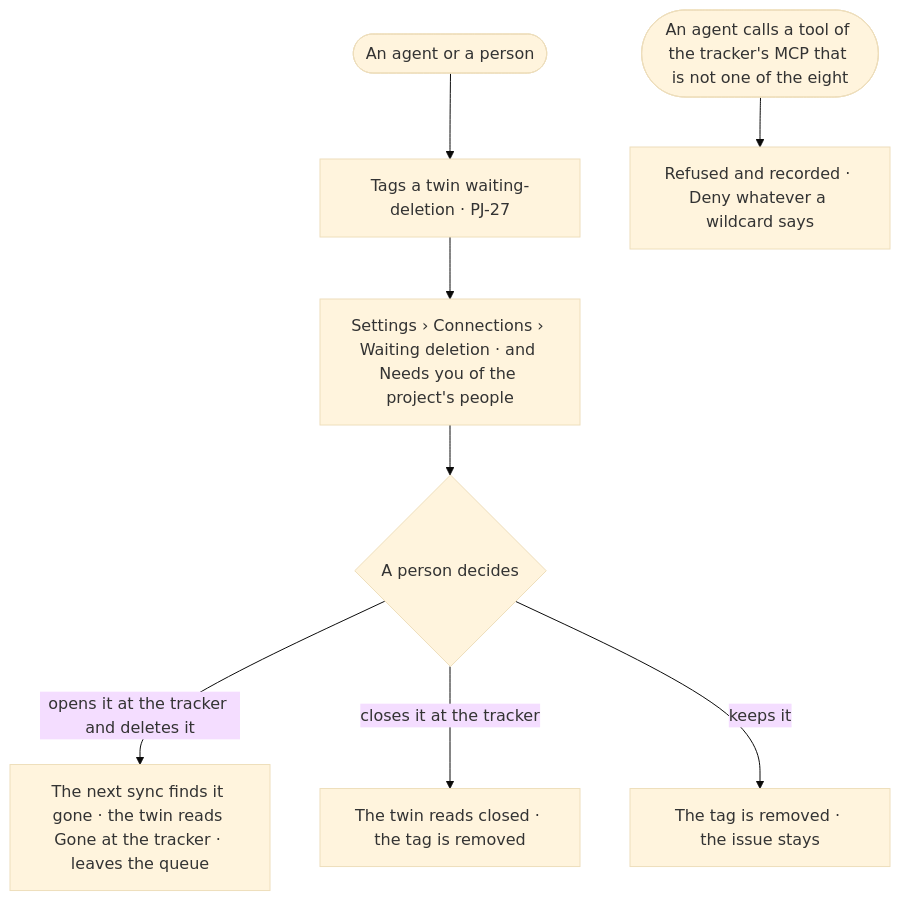
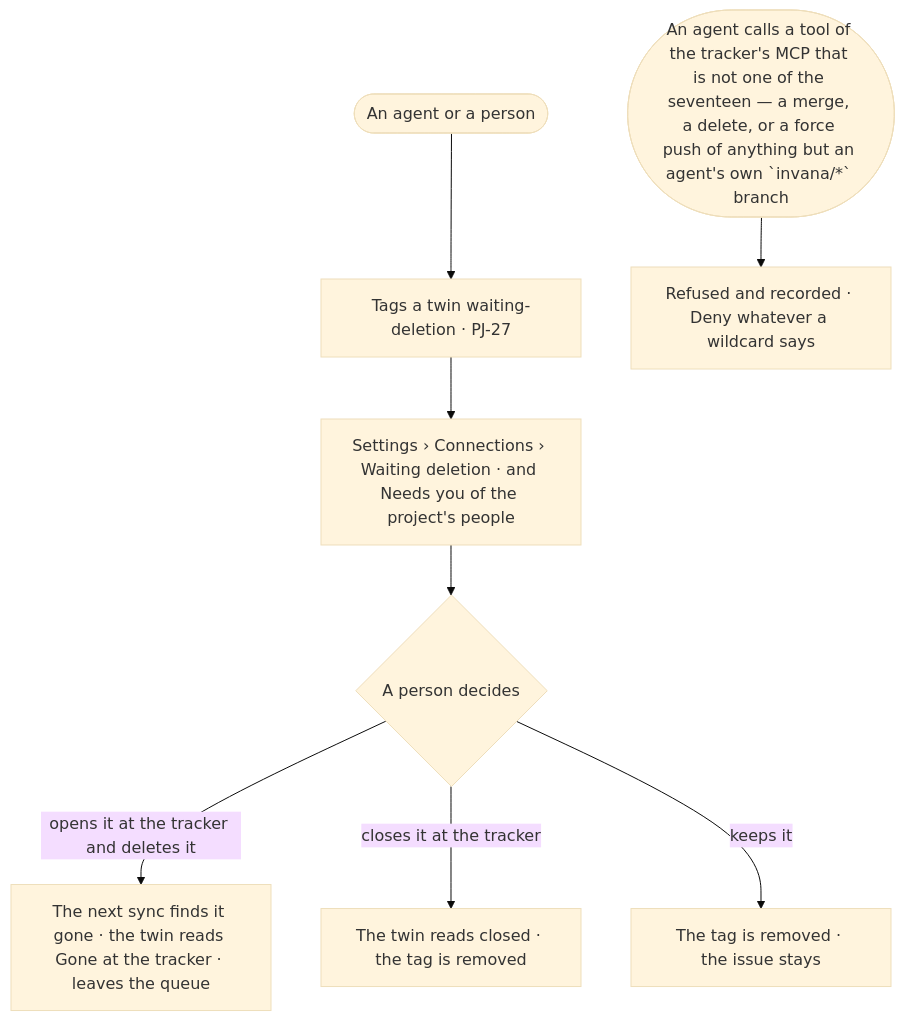
The diagram in specs/os/control/features/CP-F12-issue-trackers/stories/CP-74-delete-an-outside-issue-only-by-hand/story.md (invana/invana), drawn with Mermaid (base theme) before and after one commit. The commit also changed other lines of this file and 24 other files, not shown here.

````diff
--- a/specs/os/control/features/CP-F12-issue-trackers/stories/CP-74-delete-an-outside-issue-only-by-hand/story.md
+++ b/specs/os/control/features/CP-F12-issue-trackers/stories/CP-74-delete-an-outside-issue-only-by-hand/story.md
@@ -25,10 +25,10 @@
 ```mermaid
 flowchart TD
   a([An agent or a person]) --> tg["Tags a twin waiting-deletion · PJ-27"]
   tg --> q["Settings › Connections › Waiting deletion · and Needs you of the project's people"]
   q --> d{"A person decides"}
   d -->|opens it at the tracker and deletes it| gone["The next sync finds it gone · the twin reads Gone at the tracker · leaves the queue"]
   d -->|closes it at the tracker| cl["The twin reads closed · the tag is removed"]
   d -->|keeps it| kp["The tag is removed · the issue stays"]
-  ag([An agent calls a tool of the tracker's MCP that is not one of the eight]) --> rf["Refused and recorded · Deny whatever a wildcard says"]
+  ag([An agent calls a tool of the tracker's MCP that is not one of the seventeen — a merge, a delete, or a force push of anything but an agent's own `invana/*` branch]) --> rf["Refused and recorded · Deny whatever a wildcard says"]
 ```
````
